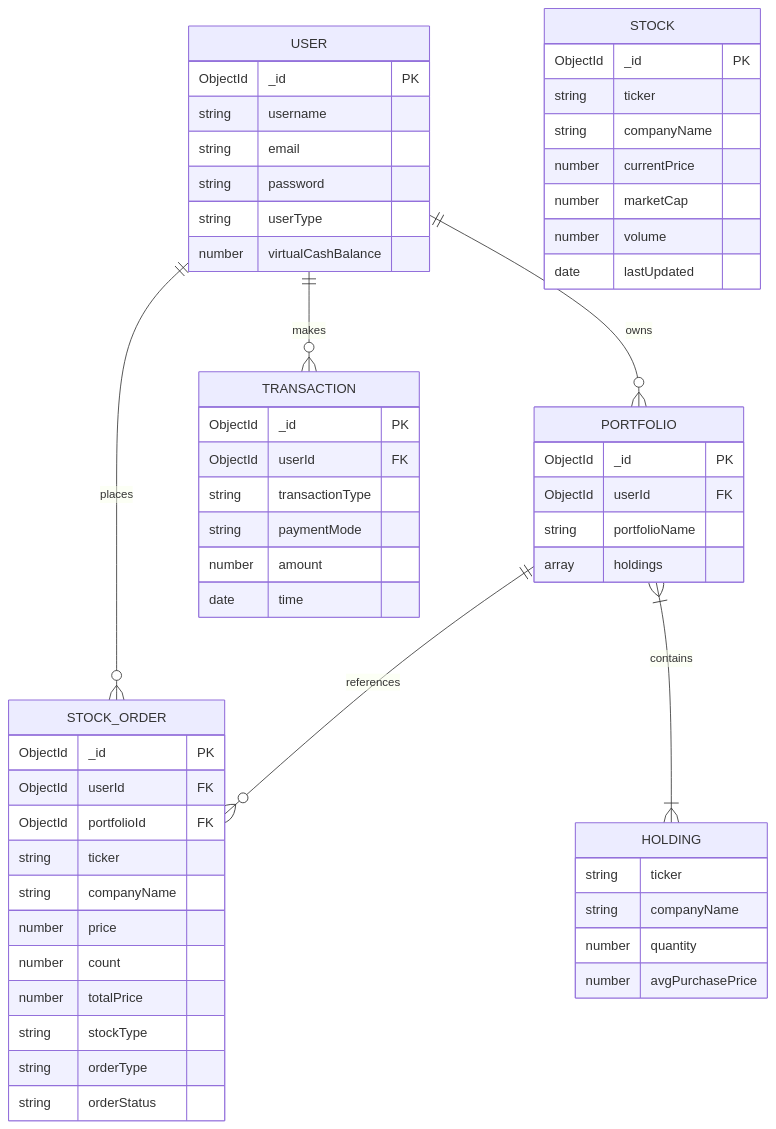
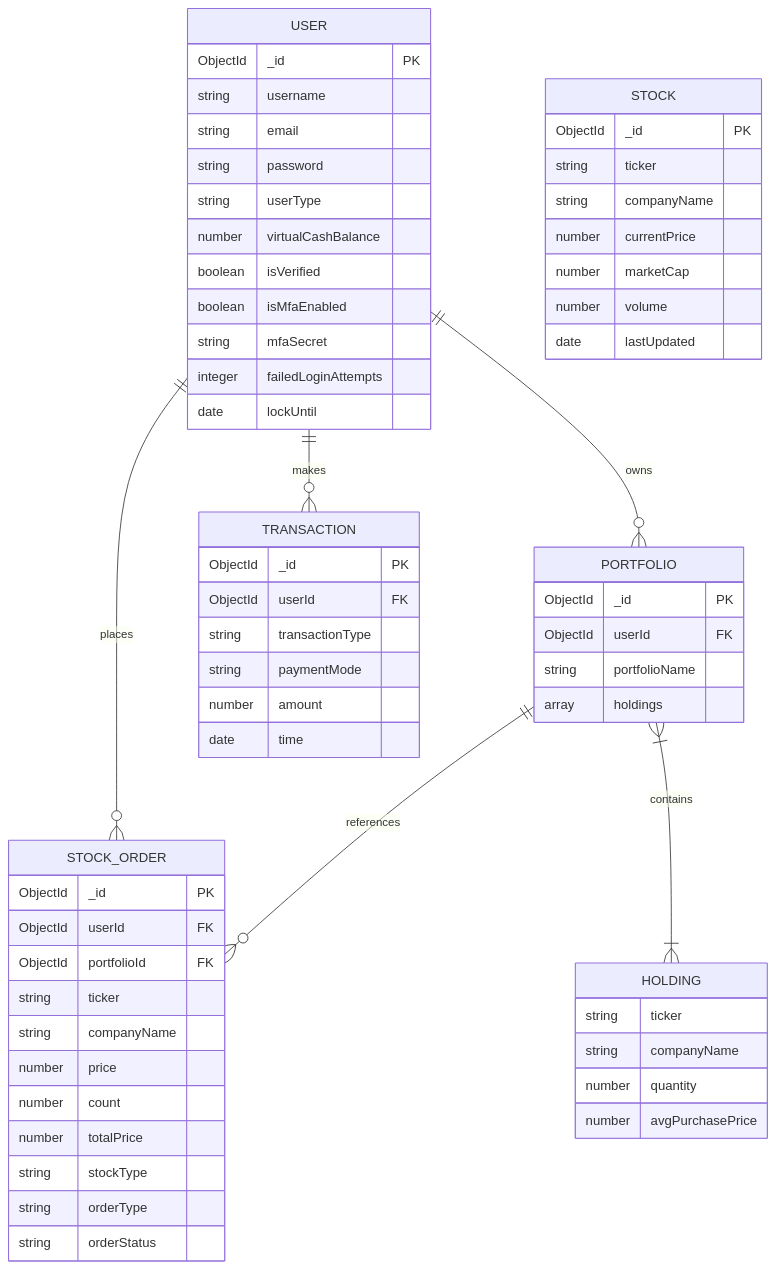
Before and after one commit to rakeshreddyannem/stock-trading-app: the second of 2 diagrams in README.md, drawn with Mermaid. The commit also changed other lines of this file, not shown here.

````diff
--- a/README.md
+++ b/README.md
@@ -43,64 +62,69 @@
 ```mermaid
 erDiagram
     USER ||--o{ STOCK_ORDER : "places"
     USER ||--o{ PORTFOLIO : "owns"
     USER ||--o{ TRANSACTION : "makes"
     PORTFOLIO ||--o{ STOCK_ORDER : "references"
     PORTFOLIO }|--|{ HOLDING : "contains"
 
     USER {
         ObjectId _id PK
         string username
         string email
         string password
         string userType
         number virtualCashBalance
+        boolean isVerified
+        boolean isMfaEnabled
+        string mfaSecret
+        integer failedLoginAttempts
+        date lockUntil
     }
 
     PORTFOLIO {
         ObjectId _id PK
         ObjectId userId FK
         string portfolioName
         array holdings
     }
 
     HOLDING {
         string ticker
         string companyName
         number quantity
         number avgPurchasePrice
     }
 
     STOCK {
         ObjectId _id PK
         string ticker
         string companyName
         number currentPrice
         number marketCap
         number volume
         date lastUpdated
     }
 
     STOCK_ORDER {
         ObjectId _id PK
         ObjectId userId FK
         ObjectId portfolioId FK
         string ticker
         string companyName
         number price
         number count
         number totalPrice
         string stockType
         string orderType
         string orderStatus
     }
 
     TRANSACTION {
         ObjectId _id PK
         ObjectId userId FK
         string transactionType
         string paymentMode
         number amount
         date time
     }
 ```
````
